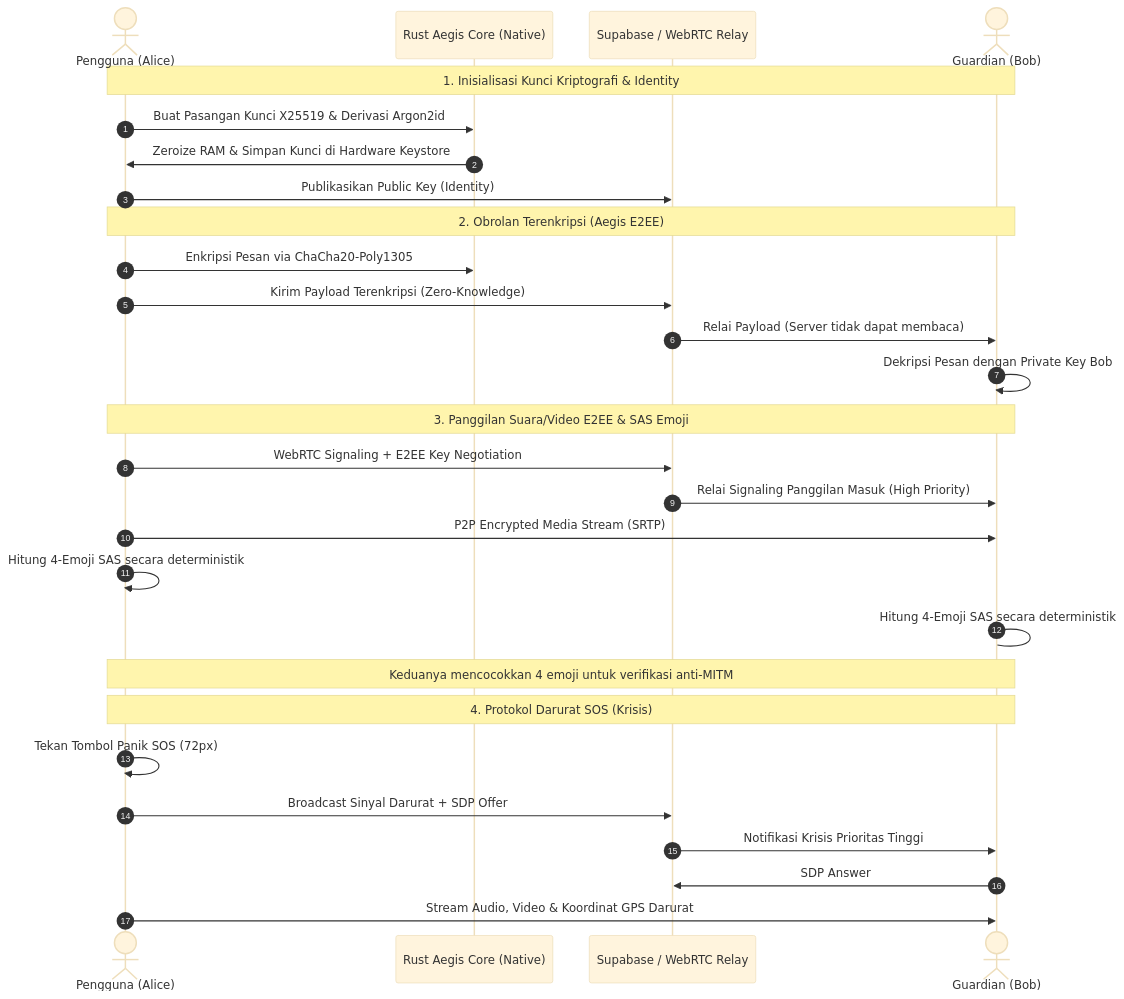
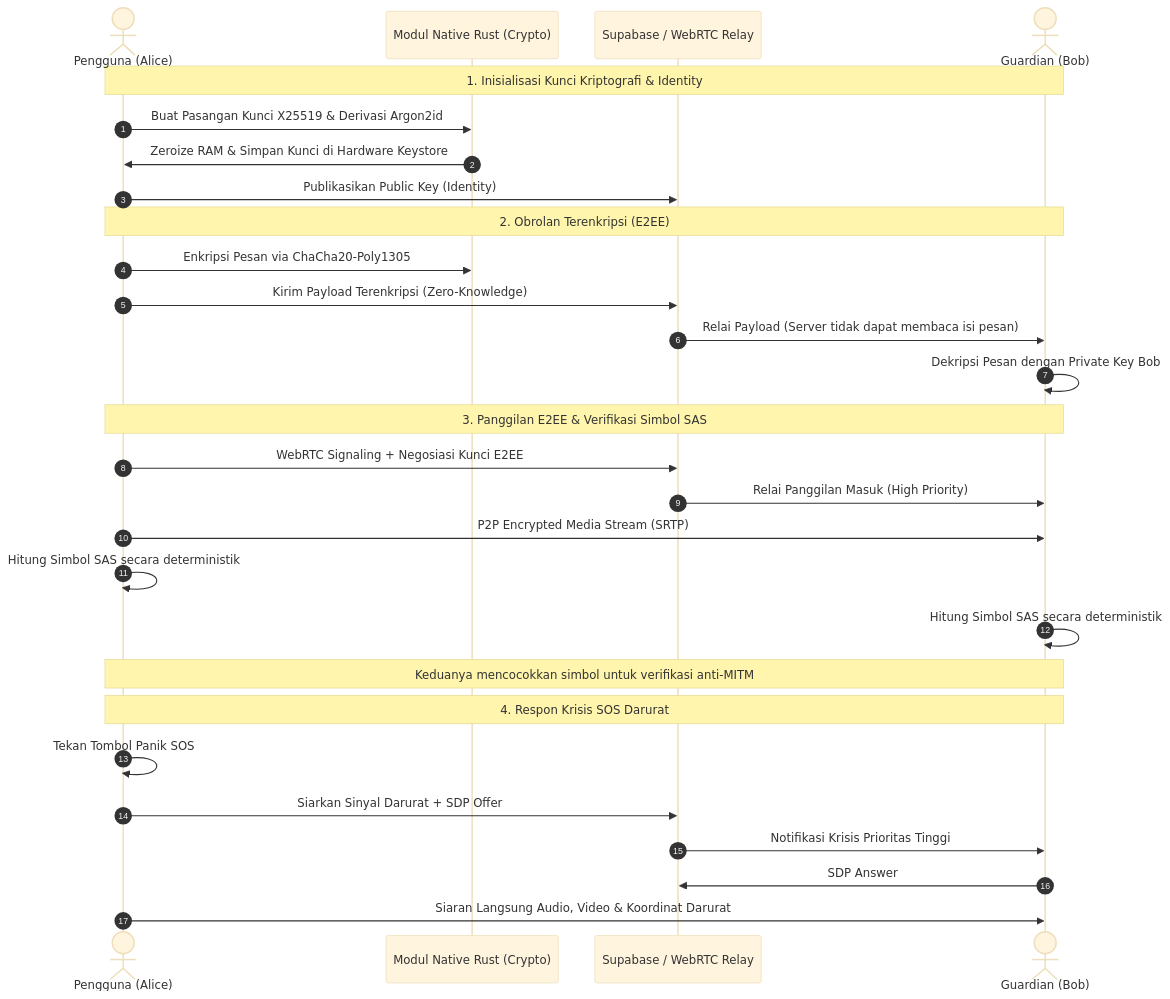
Before and after one commit to tholeteplok/Mekaar_chat: the diagram in README.md, drawn with Mermaid (base theme). The commit also changed other lines of this file and 24 other files, not shown here.

````diff
--- a/README.md
+++ b/README.md
@@ -164,34 +75,34 @@
 ```mermaid
 sequenceDiagram
     autonumber
     actor Alice as Pengguna (Alice)
-    participant RustCore as Rust Aegis Core (Native)
+    participant RustCore as Modul Native Rust (Crypto)
     participant Server as Supabase / WebRTC Relay
     actor Bob as Guardian (Bob)
 
     Note over Alice,Bob: 1. Inisialisasi Kunci Kriptografi & Identity
     Alice->>RustCore: Buat Pasangan Kunci X25519 & Derivasi Argon2id
     RustCore->>Alice: Zeroize RAM & Simpan Kunci di Hardware Keystore
     Alice->>Server: Publikasikan Public Key (Identity)
 
-    Note over Alice,Bob: 2. Obrolan Terenkripsi (Aegis E2EE)
+    Note over Alice,Bob: 2. Obrolan Terenkripsi (E2EE)
     Alice->>RustCore: Enkripsi Pesan via ChaCha20-Poly1305
     Alice->>Server: Kirim Payload Terenkripsi (Zero-Knowledge)
-    Server->>Bob: Relai Payload (Server tidak dapat membaca)
+    Server->>Bob: Relai Payload (Server tidak dapat membaca isi pesan)
     Bob->>Bob: Dekripsi Pesan dengan Private Key Bob
 
-    Note over Alice,Bob: 3. Panggilan Suara/Video E2EE & SAS Emoji
-    Alice->>Server: WebRTC Signaling + E2EE Key Negotiation
-    Server->>Bob: Relai Signaling Panggilan Masuk (High Priority)
+    Note over Alice,Bob: 3. Panggilan E2EE & Verifikasi Simbol SAS
+    Alice->>Server: WebRTC Signaling + Negosiasi Kunci E2EE
+    Server->>Bob: Relai Panggilan Masuk (High Priority)
     Alice->>Bob: P2P Encrypted Media Stream (SRTP)
-    Alice->>Alice: Hitung 4-Emoji SAS secara deterministik
-    Bob->Bob: Hitung 4-Emoji SAS secara deterministik
-    Note over Alice,Bob: Keduanya mencocokkan 4 emoji untuk verifikasi anti-MITM
+    Alice->>Alice: Hitung Simbol SAS secara deterministik
+    Bob->>Bob: Hitung Simbol SAS secara deterministik
+    Note over Alice,Bob: Keduanya mencocokkan simbol untuk verifikasi anti-MITM
 
-    Note over Alice,Bob: 4. Protokol Darurat SOS (Krisis)
-    Alice->>Alice: Tekan Tombol Panik SOS (72px)
-    Alice->>Server: Broadcast Sinyal Darurat + SDP Offer
+    Note over Alice,Bob: 4. Respon Krisis SOS Darurat
+    Alice->>Alice: Tekan Tombol Panik SOS
+    Alice->>Server: Siarkan Sinyal Darurat + SDP Offer
     Server->>Bob: Notifikasi Krisis Prioritas Tinggi
     Bob->>Server: SDP Answer
-    Alice->>Bob: Stream Audio, Video & Koordinat GPS Darurat
+    Alice->>Bob: Siaran Langsung Audio, Video & Koordinat Darurat
 ```
````
